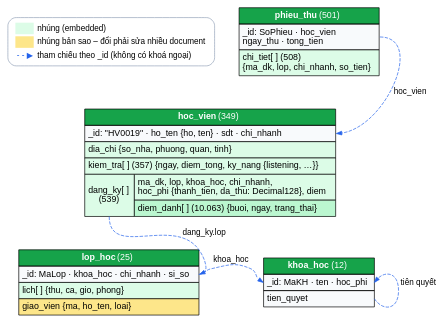
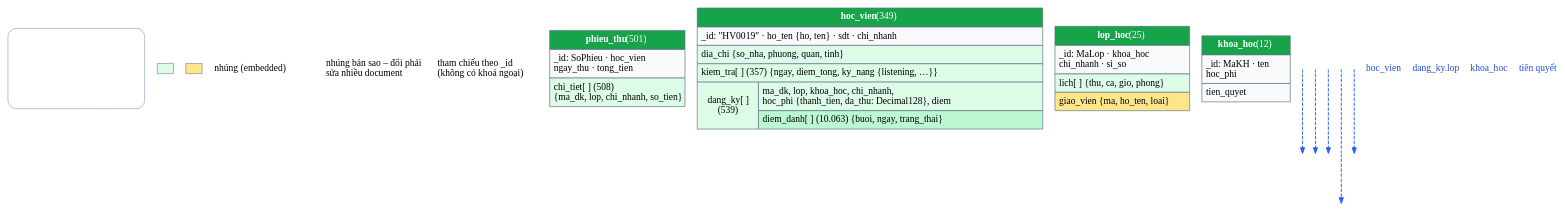
One commit to nhutruong-uit/ecms changed the diagram in report/images/ch5/mongo-document.dot. Above: the diagram before and after it, drawn with Graphviz. The commit also changed 67 other files, not shown here.

```diff
--- a/report/images/ch5/mongo-document.dot
+++ b/report/images/ch5/mongo-document.dot
@@ -1,47 +1,70 @@
-// Thiết kế document MongoDB của ECMS: nhúng và tham chiếu (T30) – nosql/migrate.py
-//   dot -Tpng -Gdpi=200 mongo-document.dot -o mongo-document.png
+// Thiết kế document MongoDB của ECMS: nhúng và tham chiếu (Hình 5.5) – nosql/migrate.py
+//   neato -n -Tpng -Gdpi=200 report/images/ch5/mongo-document.dot -o report/images/ch5/mongo-document.png
+// Toạ độ cố định (pos, đơn vị point), ba hàng cùng mép trái / phải: phieu_thu + chú giải | hoc_vien | lop_hoc + khoa_hoc.
+// Mỗi dòng của bảng có chiều cao cố định (HEIGHT) nên biết trước toạ độ từng trường; mũi tên tham chiếu là đoạn thẳng
+// đứng / ngang nối các điểm neo ẩn đặt đúng mép bảng, vòng tiên quyết của khoa_hoc là đường gấp khúc vuông góc.
+// Ảnh rộng ~ 18 cm → in 15 cm, chữ 14 pt in ~ 11,8 pt. Phông Times New Roman như thân báo cáo.
 digraph Mongo {
-  rankdir=TB; nodesep=0.5; ranksep=0.5; fontname="Arial"; bgcolor="white"; newrank=true;
-  node [shape=plain, fontname="Arial", fontsize=13]; edge [fontname="Arial", fontsize=12, arrowsize=0.8];
+  graph [splines=line, pad=0.06, bgcolor="white"];
+  node  [shape=plain, fontname="Times New Roman,", fontsize=14];
+  edge  [color="#2563eb", style=dashed, penwidth=1.4, arrowsize=0.85, fontname="Times New Roman,", fontsize=14];
 
-  pt [label=<<TABLE BORDER="0" CELLBORDER="1" CELLSPACING="0" CELLPADDING="4" BGCOLOR="#f8fafc">
-    <TR><TD BGCOLOR="#16a34a"><FONT COLOR="white"><B>phieu_thu</B> (501)</FONT></TD></TR>
-    <TR><TD ALIGN="LEFT" PORT="hv">_id: SoPhieu · hoc_vien<BR ALIGN="LEFT"/>ngay_thu · tong_tien<BR ALIGN="LEFT"/></TD></TR>
-    <TR><TD ALIGN="LEFT" BGCOLOR="#dcfce7" PORT="ct">chi_tiet[ ] (508)<BR ALIGN="LEFT"/>{ma_dk, lop, chi_nhanh, so_tien}<BR ALIGN="LEFT"/></TD></TR>
-  </TABLE>>];
+  // ---- khung chú giải (x 306..507, y 0..118,5)
+  lg [pos="406.5,457.25!", shape=box, style="rounded", color="#94a3b8", fixedsize=true, width=2.7917, height=1.6458, label=""];
+  node [shape=box, style="filled", fixedsize=true, width=0.3333, height=0.2083, label="", penwidth=0.8, color="#64748b"];
+  s1 [pos="330,499.25!", fillcolor="#dcfce7"];
+  s2 [pos="330,465.5!", fillcolor="#fde68a"];
+  node [shape=plain, style="", fixedsize=false, width=0, height=0];
+  c1 [pos="425,499.25!", label=<<TABLE BORDER="0" CELLPADDING="0" CELLSPACING="0"><TR><TD WIDTH="146" ALIGN="LEFT">nhúng (embedded)</TD></TR></TABLE>>];
+  c2 [pos="425,465.5!", label=<<TABLE BORDER="0" CELLPADDING="0" CELLSPACING="0"><TR><TD WIDTH="146" ALIGN="LEFT" BALIGN="LEFT">nhúng bản sao – đổi phải<BR/>sửa nhiều document</TD></TR></TABLE>>];
+  c3 [pos="425,423.5!", label=<<TABLE BORDER="0" CELLPADDING="0" CELLSPACING="0"><TR><TD WIDTH="146" ALIGN="LEFT" BALIGN="LEFT">tham chiếu theo _id<BR/>(không có khoá ngoại)</TD></TR></TABLE>>];
 
-  lg [shape=box, style="rounded", color="#94a3b8", fontsize=12, label=<<TABLE BORDER="0" CELLSPACING="3">
-    <TR><TD BGCOLOR="#dcfce7" WIDTH="18"> </TD><TD ALIGN="LEFT">nhúng (embedded)</TD></TR>
-    <TR><TD BGCOLOR="#fde68a" WIDTH="18"> </TD><TD ALIGN="LEFT">nhúng bản sao – đổi phải sửa nhiều document</TD></TR>
-    <TR><TD><FONT COLOR="#2563eb">- - ▶</FONT></TD><TD ALIGN="LEFT">tham chiếu theo _id (không có khoá ngoại)</TD></TR></TABLE>>];
+  // ---- bốn collection
+  pt [pos="98,457.25!", label=<
+    <TABLE BORDER="0" CELLBORDER="1" CELLSPACING="0" CELLPADDING="5" COLOR="#64748b">
+      <TR><TD HEIGHT="28" WIDTH="198" BGCOLOR="#16a34a"><FONT COLOR="white"><B>phieu_thu</B> (501)</FONT></TD></TR>
+      <TR><TD ALIGN="LEFT" BALIGN="LEFT" HEIGHT="42" BGCOLOR="#f8fafc">_id: SoPhieu · hoc_vien<BR/>ngay_thu · tong_tien</TD></TR>
+      <TR><TD ALIGN="LEFT" BALIGN="LEFT" HEIGHT="42" BGCOLOR="#dcfce7">chi_tiet[ ] (508)<BR/>{ma_dk, lop, chi_nhanh, so_tien}</TD></TR>
+    </TABLE>>];
+  hv [pos="253,264.25!", label=<
+    <TABLE BORDER="0" CELLBORDER="1" CELLSPACING="0" CELLPADDING="5" COLOR="#64748b">
+      <TR><TD HEIGHT="28" WIDTH="508" BGCOLOR="#16a34a" COLSPAN="2"><FONT COLOR="white"><B>hoc_vien</B> (349)</FONT></TD></TR>
+      <TR><TD ALIGN="LEFT" BALIGN="LEFT" HEIGHT="26" BGCOLOR="#f8fafc" COLSPAN="2">_id: "HV0019" · ho_ten {ho, ten} · sdt · chi_nhanh</TD></TR>
+      <TR><TD ALIGN="LEFT" BALIGN="LEFT" HEIGHT="26" BGCOLOR="#dcfce7" COLSPAN="2">dia_chi {so_nha, phuong, quan, tinh}</TD></TR>
+      <TR><TD ALIGN="LEFT" BALIGN="LEFT" HEIGHT="26" BGCOLOR="#dcfce7" COLSPAN="2">kiem_tra[ ] (357) {ngay, diem_tong, ky_nang {listening, …}}</TD></TR>
+      <TR><TD ROWSPAN="2" WIDTH="90" HEIGHT="68" BGCOLOR="#dcfce7">dang_ky[ ]<BR/>(539)</TD><TD ALIGN="LEFT" BALIGN="LEFT" WIDTH="418" HEIGHT="42" BGCOLOR="#dcfce7">ma_dk, lop, khoa_hoc, chi_nhanh,<BR/>hoc_phi {thanh_tien, da_thu: Decimal128}, diem</TD></TR>
+      <TR><TD ALIGN="LEFT" HEIGHT="26" BGCOLOR="#bbf7d0">diem_danh[ ] (10.063) {buoi, ngay, trang_thai}</TD></TR>
+    </TABLE>>];
+  lop [pos="98,65.25!", label=<
+    <TABLE BORDER="0" CELLBORDER="1" CELLSPACING="0" CELLPADDING="5" COLOR="#64748b">
+      <TR><TD HEIGHT="28" WIDTH="198" BGCOLOR="#16a34a"><FONT COLOR="white"><B>lop_hoc</B> (25)</FONT></TD></TR>
+      <TR><TD ALIGN="LEFT" BALIGN="LEFT" HEIGHT="42" BGCOLOR="#f8fafc">_id: MaLop · khoa_hoc<BR/>chi_nhanh · si_so</TD></TR>
+      <TR><TD ALIGN="LEFT" BALIGN="LEFT" HEIGHT="26" BGCOLOR="#dcfce7">lich[ ] {thu, ca, gio, phong}</TD></TR>
+      <TR><TD ALIGN="LEFT" BALIGN="LEFT" HEIGHT="26" BGCOLOR="#fde68a">giao_vien {ma, ho_ten, loai}</TD></TR>
+    </TABLE>>];
+  kh [pos="365,79.5!", label=<
+    <TABLE BORDER="0" CELLBORDER="1" CELLSPACING="0" CELLPADDING="5" COLOR="#64748b">
+      <TR><TD HEIGHT="28" WIDTH="130" BGCOLOR="#16a34a"><FONT COLOR="white"><B>khoa_hoc</B> (12)</FONT></TD></TR>
+      <TR><TD ALIGN="LEFT" BALIGN="LEFT" HEIGHT="42" BGCOLOR="#f8fafc">_id: MaKH · ten<BR/>hoc_phi</TD></TR>
+      <TR><TD ALIGN="LEFT" BALIGN="LEFT" HEIGHT="26" BGCOLOR="#f8fafc">tien_quyet</TD></TR>
+    </TABLE>>];
 
-  hv [label=<<TABLE BORDER="0" CELLBORDER="1" CELLSPACING="0" CELLPADDING="4" BGCOLOR="#f8fafc">
-    <TR><TD BGCOLOR="#16a34a" COLSPAN="2"><FONT COLOR="white"><B>hoc_vien</B> (349)</FONT></TD></TR>
-    <TR><TD ALIGN="LEFT" COLSPAN="2" PORT="top">_id: "HV0019" · ho_ten {ho, ten} · sdt · chi_nhanh</TD></TR>
-    <TR><TD ALIGN="LEFT" COLSPAN="2" BGCOLOR="#dcfce7">dia_chi {so_nha, phuong, quan, tinh}</TD></TR>
-    <TR><TD ALIGN="LEFT" COLSPAN="2" BGCOLOR="#dcfce7">kiem_tra[ ] (357) {ngay, diem_tong, ky_nang {listening, …}}</TD></TR>
-    <TR><TD ALIGN="LEFT" BGCOLOR="#dcfce7" ROWSPAN="2" PORT="dk">dang_ky[ ]<BR ALIGN="LEFT"/>(539)</TD><TD ALIGN="LEFT" BGCOLOR="#dcfce7">ma_dk, lop, khoa_hoc, chi_nhanh,<BR ALIGN="LEFT"/>hoc_phi {thanh_tien, da_thu: Decimal128}, diem<BR ALIGN="LEFT"/></TD></TR>
-    <TR><TD ALIGN="LEFT" BGCOLOR="#bbf7d0">diem_danh[ ] (10.063) {buoi, ngay, trang_thai}</TD></TR>
-  </TABLE>>];
+  // ---- điểm neo ẩn trên mép bảng
+  node [shape=point, width=0.01, height=0.01, style=invis, label=""];
+  a1 [pos="98,398!"];  b1 [pos="98,358!"];       // phieu_thu (đáy) → hoc_vien (đỉnh)
+  a2 [pos="45,170.5!"];  b2 [pos="45,130.5!"];       // hoc_vien.dang_ky (đáy) → lop_hoc (đỉnh)
+  a3 [pos="197,79.5!"]; b3 [pos="300,79.5!"];      // lop_hoc._id ở mép phải → khoa_hoc._id ở mép trái
+  a4 [pos="430,42.75!"]; q4 [pos="450,42.75!"]; r4 [pos="450,79.5!"]; b4 [pos="430,79.5!"];   // tien_quyet → khoa_hoc._id
+  e1 [pos="318,423.5!"]; f1 [pos="342,423.5!"];   // mẫu mũi tên trong chú giải
 
-  lop [label=<<TABLE BORDER="0" CELLBORDER="1" CELLSPACING="0" CELLPADDING="4" BGCOLOR="#f8fafc">
-    <TR><TD BGCOLOR="#16a34a"><FONT COLOR="white"><B>lop_hoc</B> (25)</FONT></TD></TR>
-    <TR><TD ALIGN="LEFT" PORT="kh">_id: MaLop · khoa_hoc · chi_nhanh · si_so</TD></TR>
-    <TR><TD ALIGN="LEFT" BGCOLOR="#dcfce7">lich[ ] {thu, ca, gio, phong}</TD></TR>
-    <TR><TD ALIGN="LEFT" BGCOLOR="#fde68a">giao_vien {ma, ho_ten, loai}</TD></TR>
-  </TABLE>>];
+  // ---- nhãn mũi tên
+  node [shape=plain, style="", width=0, height=0, fontcolor="#1d4ed8"];
+  n1 [pos="133,378!", label="hoc_vien"];
+  n2 [pos="86,150.5!",  label="dang_ky.lop"];
+  n3 [pos="248,90.5!", label="khoa_hoc"];
+  n4 [pos="484,61.1!", label="tiên quyết"];
 
-  kh [label=<<TABLE BORDER="0" CELLBORDER="1" CELLSPACING="0" CELLPADDING="4" BGCOLOR="#f8fafc">
-    <TR><TD BGCOLOR="#16a34a"><FONT COLOR="white"><B>khoa_hoc</B> (12)</FONT></TD></TR>
-    <TR><TD ALIGN="LEFT" PORT="id">_id: MaKH · ten · hoc_phi</TD></TR>
-    <TR><TD ALIGN="LEFT" PORT="tq">tien_quyet</TD></TR>
-  </TABLE>>];
-
-  { rank=same; pt; lg; }
-  { rank=same; lop; kh; }
-  pt:hv -> hv:top [color="#2563eb", style=dashed, label=" hoc_vien "];
-  hv:dk -> lop:kh [color="#2563eb", style=dashed, label=" dang_ky.lop "];
-  lop:kh -> kh:id [color="#2563eb", style=dashed, label=" khoa_hoc "];
-  kh:tq:e -> kh:id:e [color="#2563eb", style=dashed, label=" tiên quyết "];
-  lg -> hv [style=invis];
+  a1 -> b1; a2 -> b2; a3 -> b3;
+  a4 -> q4 [arrowhead=none]; q4 -> r4 [arrowhead=none]; r4 -> b4;
+  e1 -> f1;
 }
```
